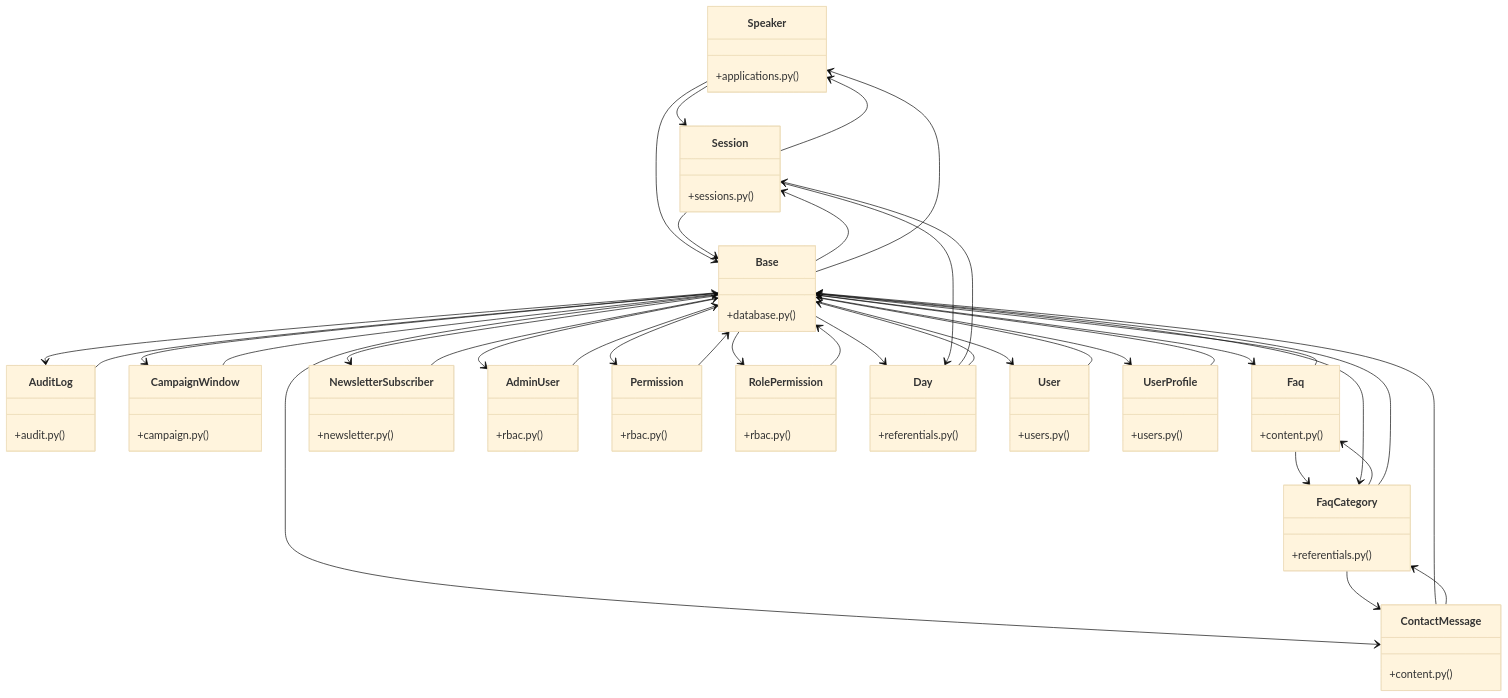
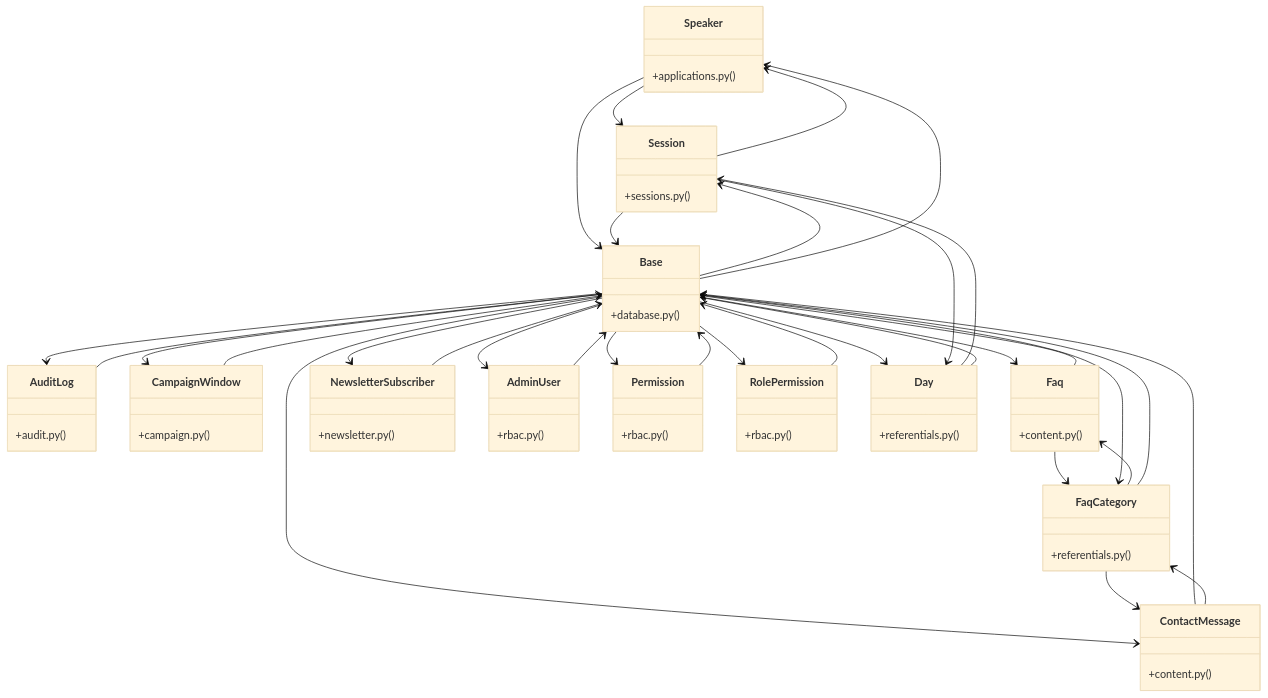
One commit to adjanayo/synca_conf_back changed the diagram in graphify-out/wiki/[BaseModel_&_ValueError]_Cluster.md. Above: the diagram before and after it, drawn with Mermaid (base theme). The commit also changed other lines of this file and 75 other files, not shown here.

Commit message:
chore: update graphify knowledge graph

````diff
--- a/graphify-out/wiki/[BaseModel_&_ValueError]_Cluster.md
+++ b/graphify-out/wiki/[BaseModel_&_ValueError]_Cluster.md
@@ -74,12 +74,6 @@
     class Session {
         +sessions.py()
     }
-    class User {
-        +users.py()
-    }
-    class UserProfile {
-        +users.py()
-    }
     Speaker --> Session
     Speaker --> Base
     AuditLog --> Base
@@ -90,8 +84,6 @@
     Faq --> FaqCategory
     Base --> Session
     Base --> AuditLog
-    Base --> User
-    Base --> UserProfile
     Base --> Speaker
     Base --> Permission
     Base --> RolePermission
@@ -114,6 +106,4 @@
     Session --> Base
     Session --> Speaker
     Session --> Day
-    User --> Base
-    UserProfile --> Base
 ```
````
